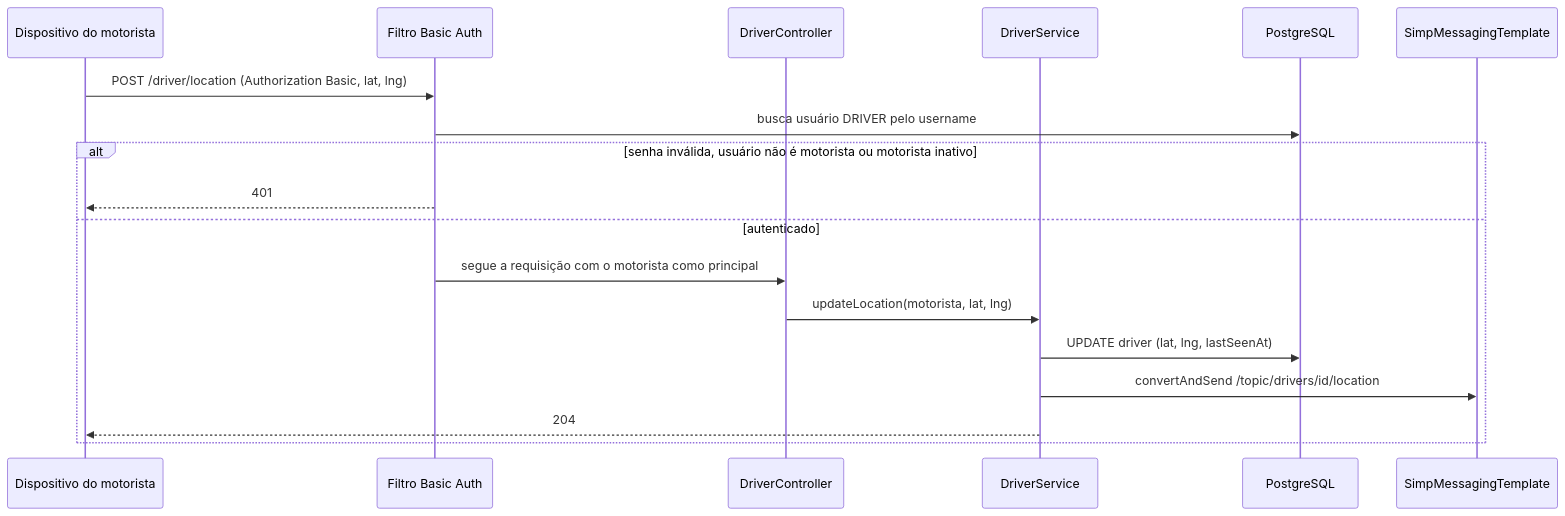
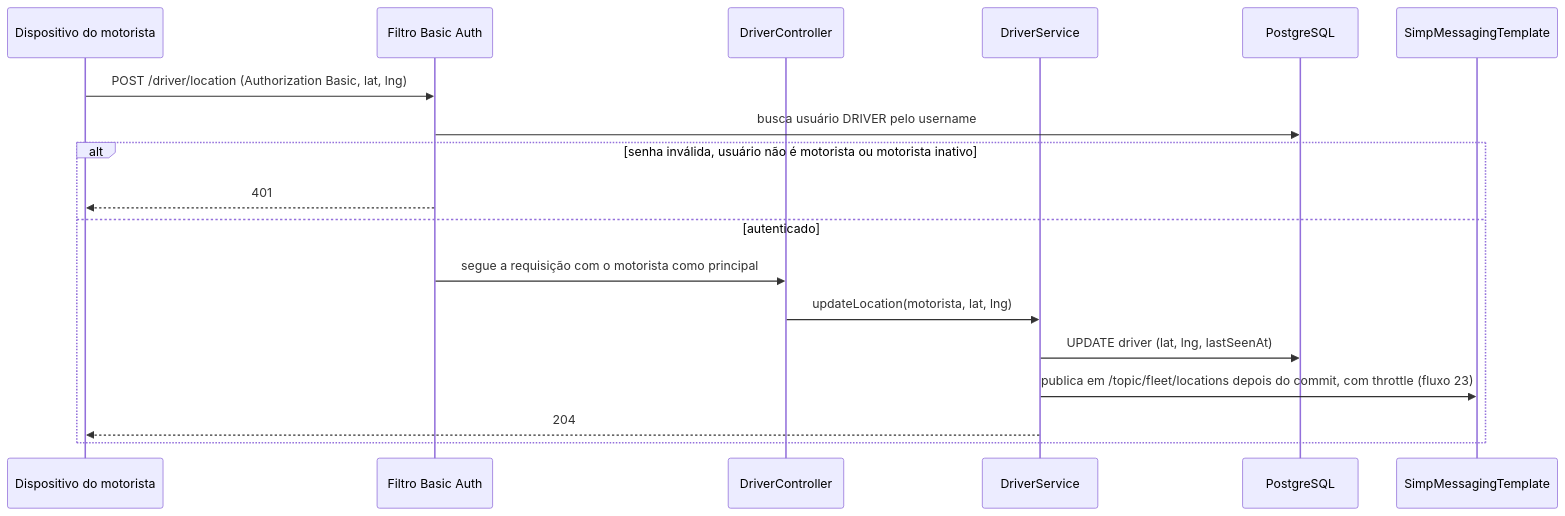
One commit to Edryck/kj-fleets changed the first of 2 diagrams in docs/flows/flow-motoristas.md. Above: the diagram before and after it, drawn with Mermaid. The commit also changed 8 other files, not shown here.

````diff
--- a/docs/flows/flow-motoristas.md
+++ b/docs/flows/flow-motoristas.md
@@ -7,21 +7,21 @@
 ```mermaid
 sequenceDiagram
     participant D as Dispositivo do motorista
     participant F as Filtro Basic Auth
     participant C as DriverController
     participant S as DriverService
     participant DB as PostgreSQL
     participant WS as SimpMessagingTemplate
 
     D->>F: POST /driver/location (Authorization Basic, lat, lng)
     F->>DB: busca usuário DRIVER pelo username
     alt senha inválida, usuário não é motorista ou motorista inativo
         F-->>D: 401
     else autenticado
         F->>C: segue a requisição com o motorista como principal
         C->>S: updateLocation(motorista, lat, lng)
         S->>DB: UPDATE driver (lat, lng, lastSeenAt)
-        S->>WS: convertAndSend /topic/drivers/id/location
+        S->>WS: publica em /topic/fleet/locations depois do commit, com throttle (fluxo 23)
         S-->>D: 204
     end
 ```
````
